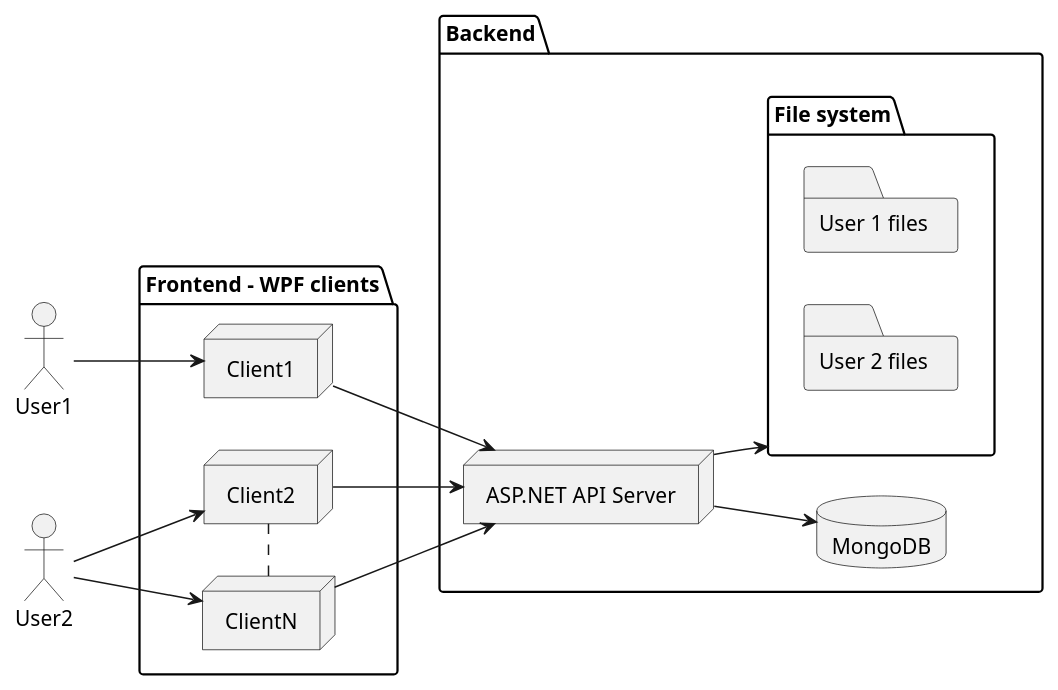
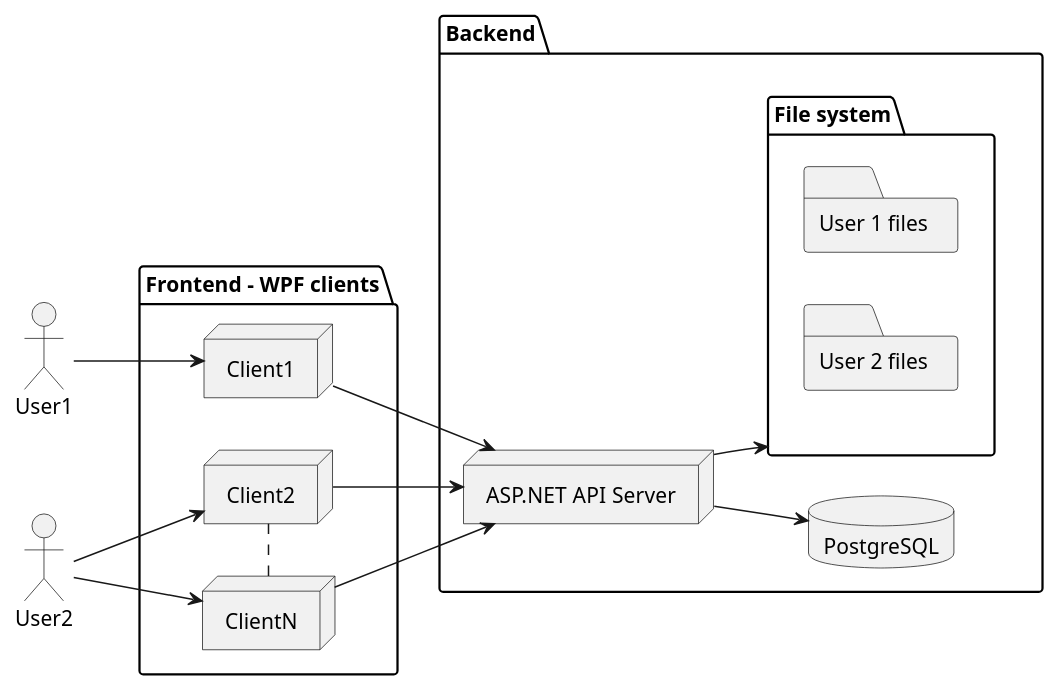
One commit to SpontanCombust/cloud-drive changed the diagram in docs/architecture.puml. Above: the diagram before and after it, drawn with PlantUML. The commit also changed 1 other file, not shown here.

Commit message:
Updated DB schema and architecture docs

```diff
--- a/docs/architecture.puml
+++ b/docs/architecture.puml
@@ -1,37 +1,37 @@
 @startuml "Cloud Drive - architecture"
 
 left to right direction
 
 
 actor "User1" as User1
 actor "User2" as User2
 
 package "Frontend - WPF clients" {
     node "Client1" as Client1
     node "Client2" as Client2
     node "ClientN" as ClientN
 }
 
 package "Backend" {
     node "ASP.NET API Server" as Server
 
-    database "MongoDB" as Db
+    database "PostgreSQL" as Db
 
     folder "File system" as File {
         Folder "User 1 files"
         Folder "User 2 files"
     }
 }
 
 
 User1 --> Client1
 User2 --> Client2
 User2 --> ClientN
 Client2 .left. ClientN
 Client1 --> Server
 Client2 --> Server
 ClientN --> Server
 Server --> Db
 Server --> File
 
 @enduml
```
